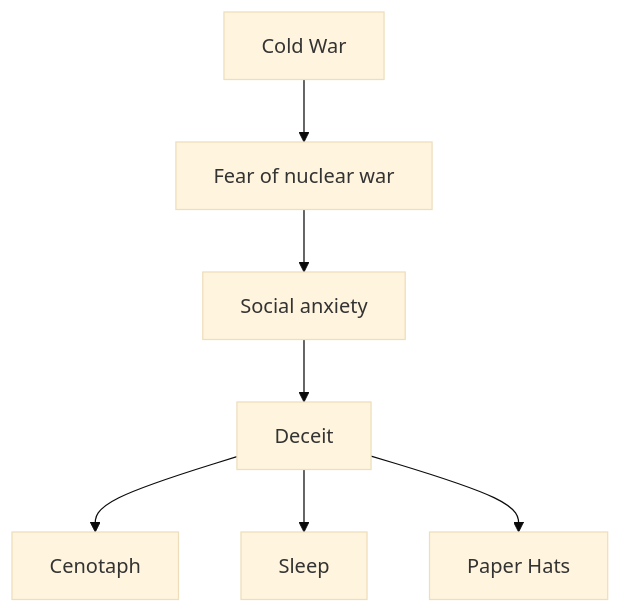
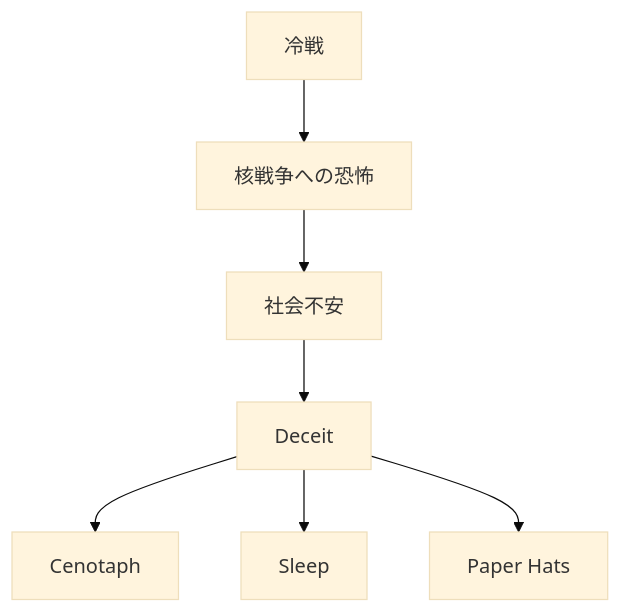
Before and after one commit to monumental-movement/monumental-movement.github.io: the fifth of 10 diagrams in en/_posts/2026-05-16-column-this-heat.md, drawn with Mermaid (base theme). The commit also changed other lines of this file and 2196 other files, not shown here.

```diff
--- a/en/_posts/2026-05-16-column-this-heat.md
+++ b/en/_posts/2026-05-16-column-this-heat.md
@@ -195,9 +195,9 @@
 <div class="mermaid">
 flowchart TD
-A["Cold War"] --> B["Fear of nuclear war"]
-B --> C["Social anxiety"]
+A["冷戦"] --> B["核戦争への恐怖"]
+B --> C["社会不安"]
 C --> D["Deceit"]
 D --> E["Cenotaph"]
 D --> F["Sleep"]
 D --> G["Paper Hats"]
 </div>
```
